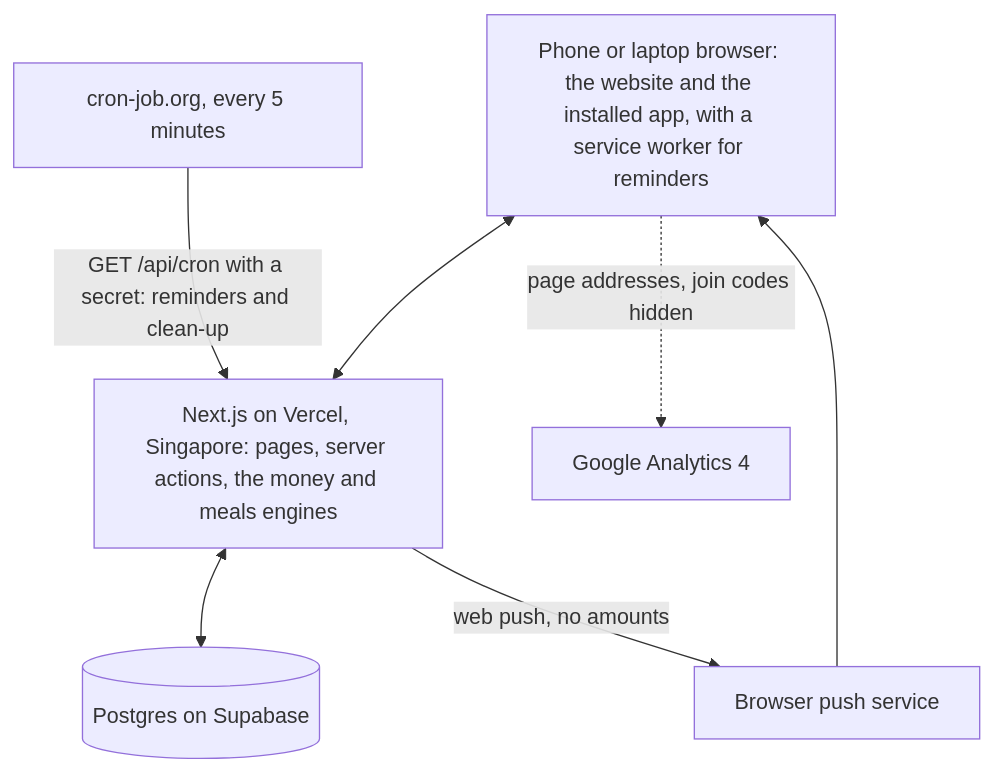
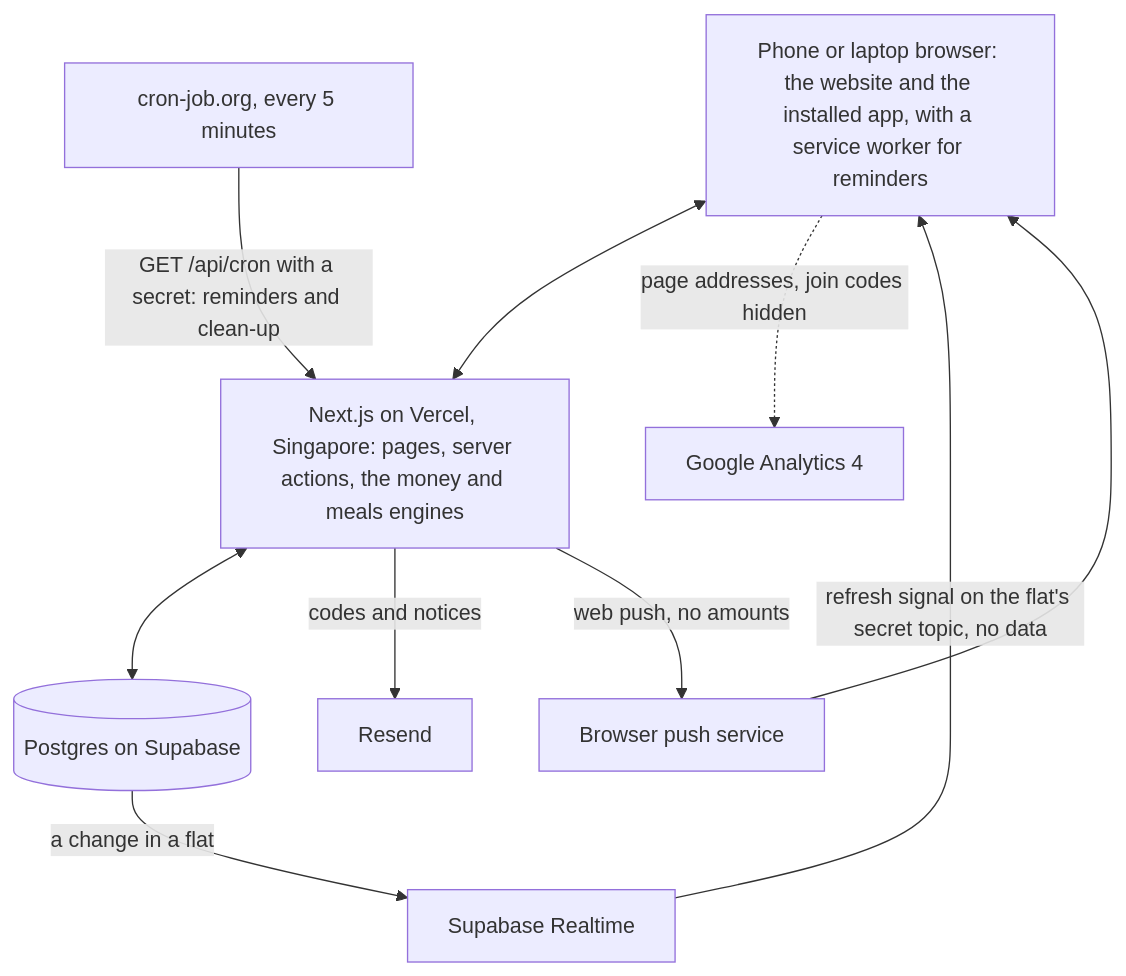
The third of 3 diagrams in README.md (07fahim/bashabook), drawn with Mermaid before and after one commit. The commit also changed other lines of this file, not shown here.

````diff
--- a/README.md
+++ b/README.md
@@ -142,15 +145,20 @@
 ```mermaid
 flowchart TD
   B["Phone or laptop browser: the website and the installed app, with a service worker for reminders"]
   V["Next.js on Vercel, Singapore: pages, server actions, the money and meals engines"]
   D[("Postgres on Supabase")]
   P["Browser push service"]
   C["cron-job.org, every 5 minutes"]
   G["Google Analytics 4"]
+  R["Supabase Realtime"]
+  M["Resend"]
   B <--> V
   V <--> D
+  D -- "a change in a flat" --> R
+  R -- "refresh signal on the flat's secret topic, no data" --> B
+  V -- "codes and notices" --> M
   C -- "GET /api/cron with a secret: reminders and clean-up" --> V
   V -- "web push, no amounts" --> P
   P --> B
   B -. "page addresses, join codes hidden" .-> G
 ```
````
